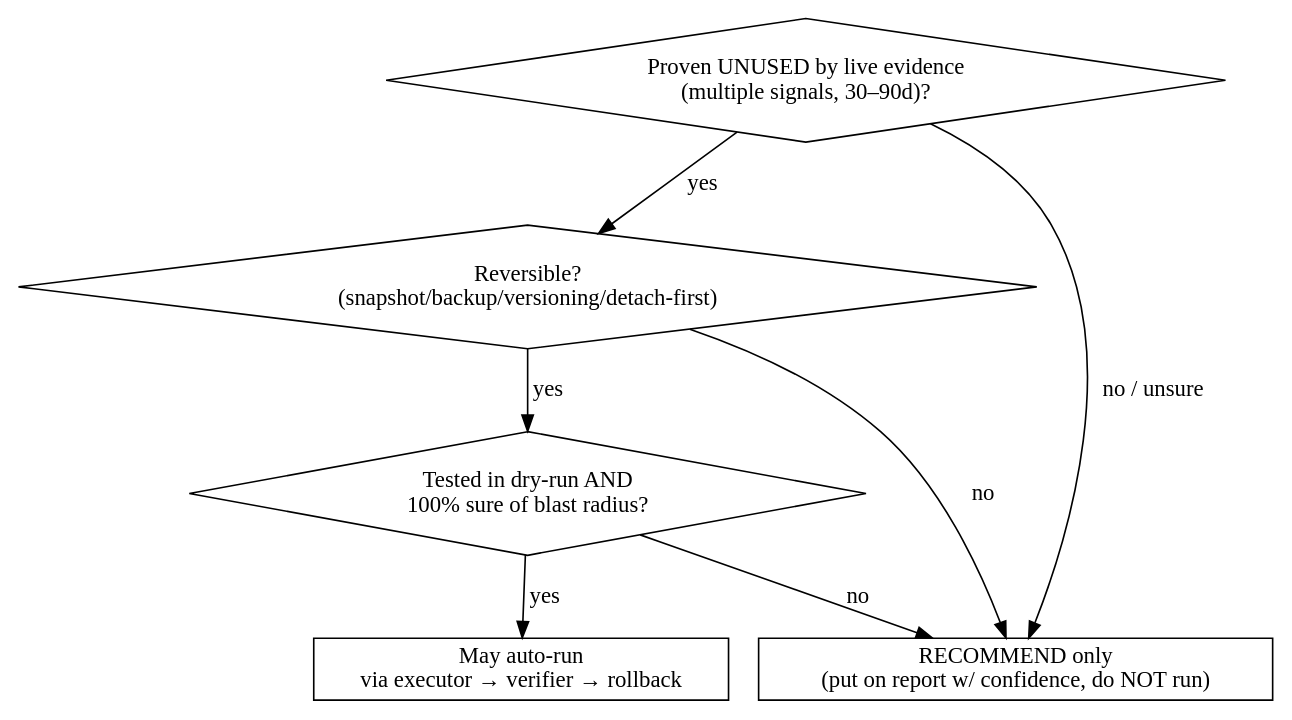
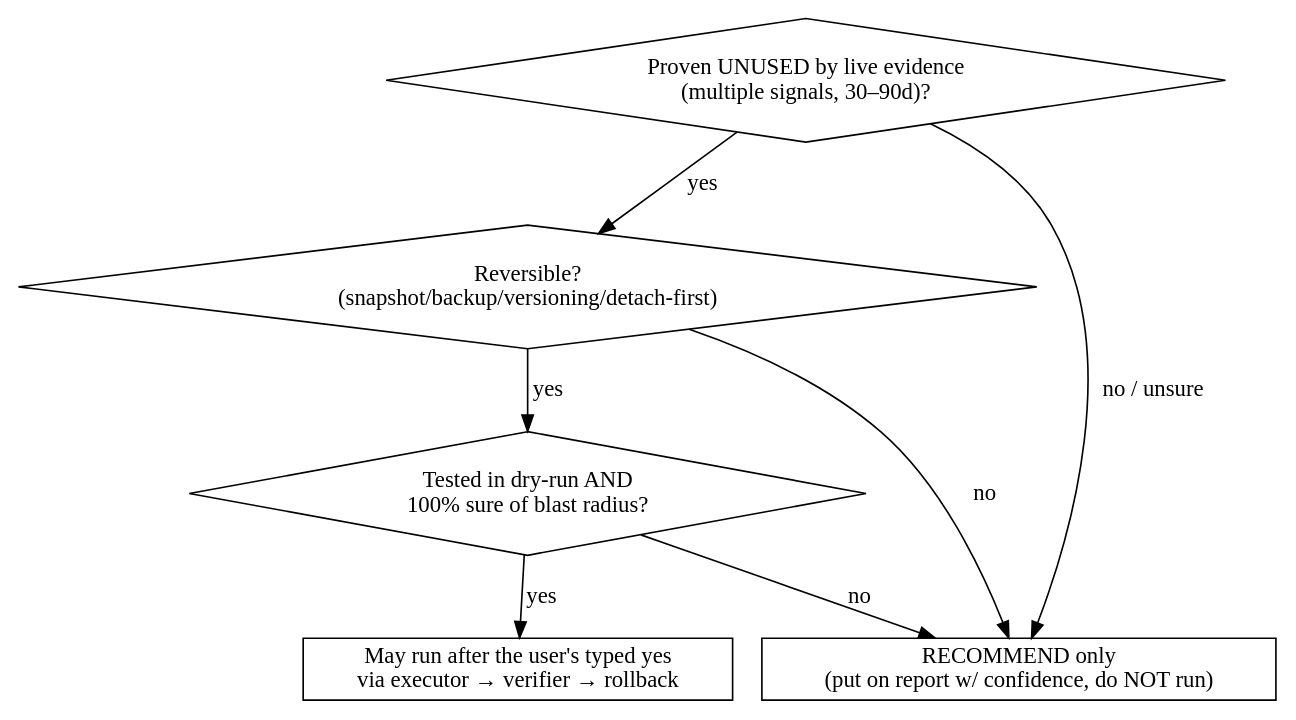
One commit to Aboudjem/aws-cost-audit-skill changed the diagram in skills/aws-cost-audit/SKILL.md. Above: the diagram before and after it, drawn with Graphviz. The commit also changed other lines of this file and 17 other files, not shown here.

````diff
--- a/skills/aws-cost-audit/SKILL.md
+++ b/skills/aws-cost-audit/SKILL.md
@@ -96,16 +100,16 @@
 ```dot
 digraph gate {
   rankdir=TB; node [shape=box];
   q1 [shape=diamond, label="Proven UNUSED by live evidence\n(multiple signals, 30–90d)?"];
   q2 [shape=diamond, label="Reversible?\n(snapshot/backup/versioning/detach-first)"];
   q3 [shape=diamond, label="Tested in dry-run AND\n100% sure of blast radius?"];
   rec [label="RECOMMEND only\n(put on report w/ confidence, do NOT run)"];
-  run [label="May auto-run\nvia executor → verifier → rollback"];
+  run [label="May run after the user's typed yes\nvia executor → verifier → rollback"];
   q1 -> rec [label="no / unsure"];
   q1 -> q2 [label="yes"];
   q2 -> rec [label="no"];
   q2 -> q3 [label="yes"];
   q3 -> rec [label="no"];
   q3 -> run [label="yes"];
 }
 ```
````
